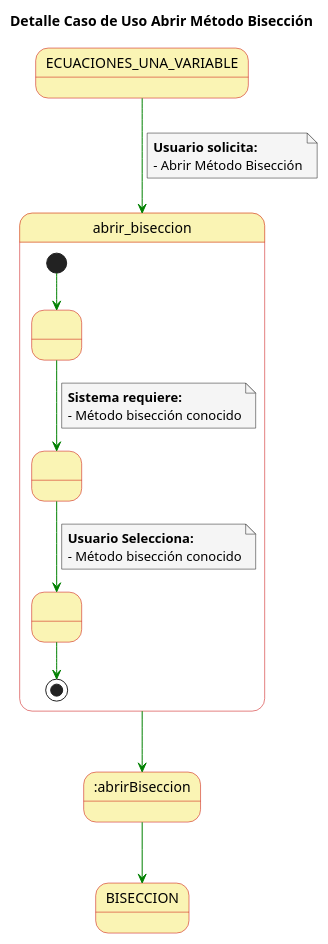
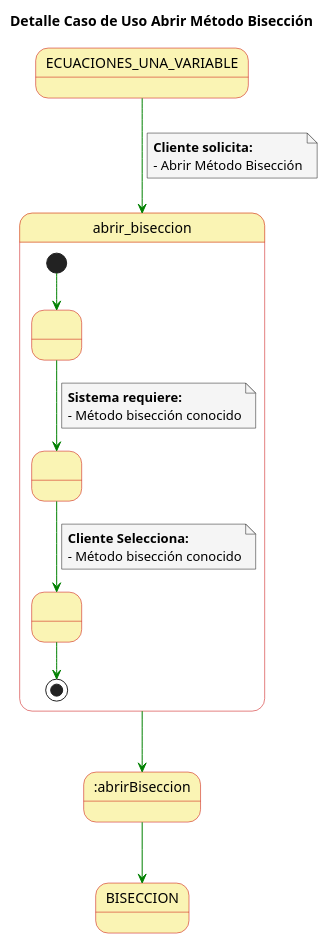
Before and after one commit to rodri5villa/numath-API: the diagram in casosDeUso/detallesCasosUsoEcuacionesUnaVariable/detalleCasoUsoAbrirBisección.puml, drawn with PlantUML. The commit also changed 30 other files, not shown here.

```diff
--- a/casosDeUso/detallesCasosUsoEcuacionesUnaVariable/detalleCasoUsoAbrirBisección.puml
+++ b/casosDeUso/detallesCasosUsoEcuacionesUnaVariable/detalleCasoUsoAbrirBisección.puml
@@ -1,47 +1,47 @@
 @startuml
 
 skinparam state {
   BackgroundColor #faf4b4
   BorderColor #c90000
 }
 
 skinparam note {
   BackgroundColor #f5f5f5
 }
 
 skinparam linetype polyline
 
 title Detalle Caso de Uso Abrir Método Bisección
 
 
 ECUACIONES_UNA_VARIABLE -[#green]-> abrir_biseccion
 note on link
-  **Usuario solicita:**
+  **Cliente solicita:**
   - Abrir Método Bisección
 end note
 
 state abrir_biseccion{
   state 1 as " "
   state 2 as " "
   state 3 as " "
   
   [*] -[#green]-> 1
   1 -[#green]-> 2
   note on link
       **Sistema requiere:**
       - Método bisección conocido
   end note
   2 -[#green]-> 3
   note on link
-    **Usuario Selecciona:**
+    **Cliente Selecciona:**
     - Método bisección conocido
   end note
  
   3 -[#green]-> [*]
 }
 
 abrir_biseccion-[#green]-> :abrirBiseccion
 
 :abrirBiseccion -[#green]-> BISECCION
 
 @enduml
```
